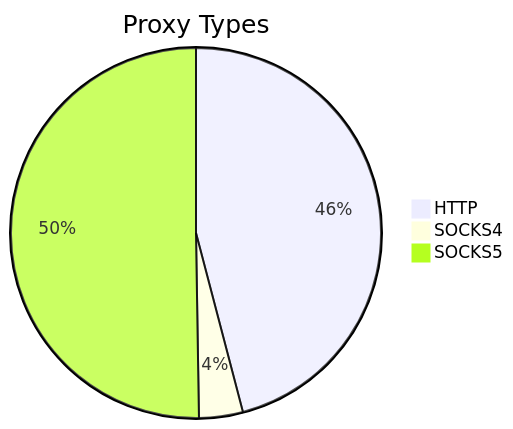
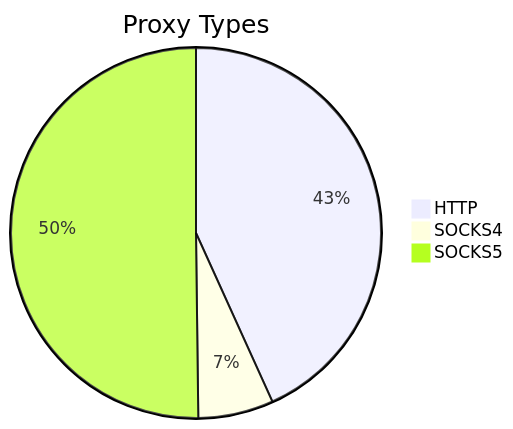
Before and after one commit to stormsia/proxy-list: the first of 2 diagrams in README.md, drawn with Mermaid. The commit also changed other lines of this file, not shown here.

````diff
--- a/README.md
+++ b/README.md
@@ -21,6 +21,6 @@
 ```mermaid
 pie title Proxy Types
-    "HTTP" : 180
-    "SOCKS4" : 15
-    "SOCKS5" : 197
+    "HTTP" : 217
+    "SOCKS4" : 33
+    "SOCKS5" : 252
 ```
````
